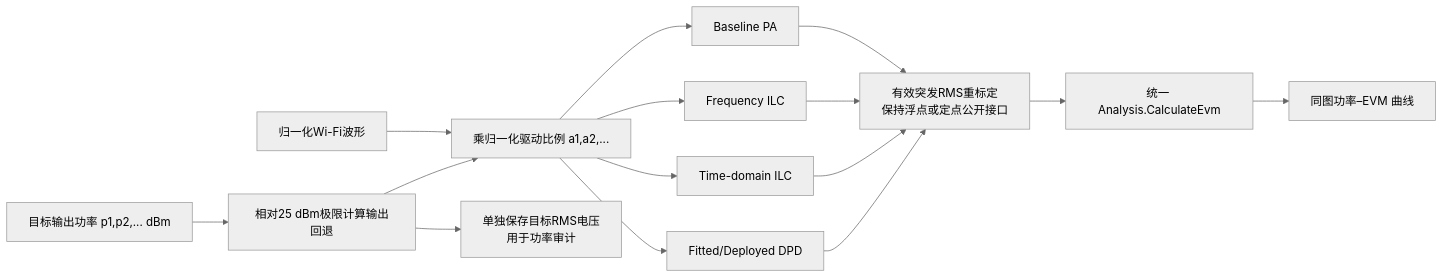
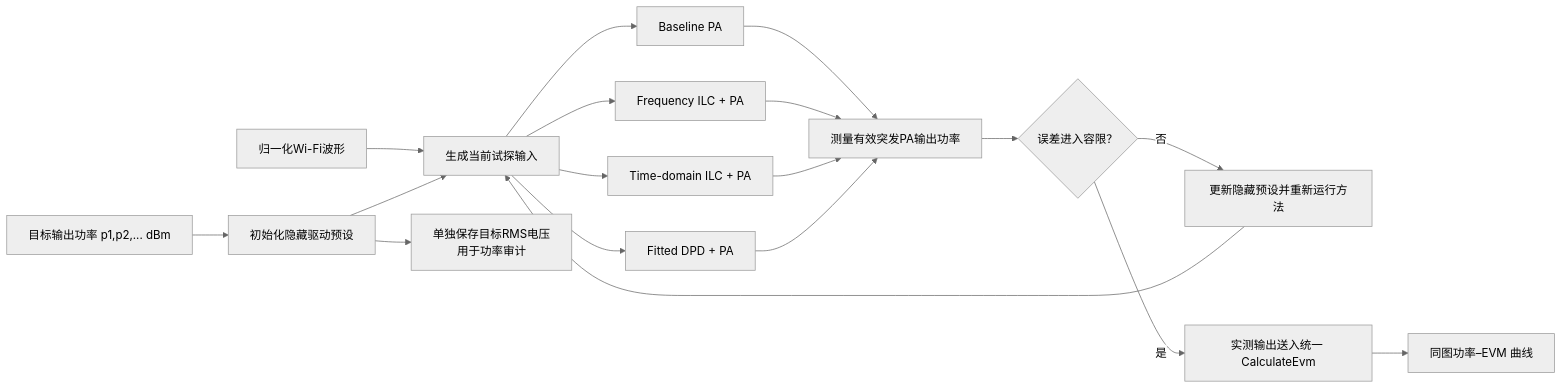
The eighth of 9 diagrams in doc/Analysis.md (niyilu45/DPD_ILC), drawn with Mermaid (neutral theme) before and after one commit. The commit also changed other lines of this file and 14 other files, not shown here.

````diff
--- a/doc/Analysis.md
+++ b/doc/Analysis.md
@@ -1506,17 +1500,20 @@
 ```mermaid
 flowchart LR
-    P["目标输出功率 p1,p2,... dBm"] --> K["相对25 dBm极限计算输出回退"]
-    A["归一化Wi-Fi波形"] --> B["乘归一化驱动比例 a1,a2,..."]
+    P["目标输出功率 p1,p2,... dBm"] --> K["初始化隐藏驱动预设"]
+    A["归一化Wi-Fi波形"] --> B["生成当前试探输入"]
     K --> B
     B --> C1["Baseline PA"]
-    B --> C2["Frequency ILC"]
-    B --> C3["Time-domain ILC"]
-    B --> C4["Fitted/Deployed DPD"]
-    C1 --> calibration["有效突发RMS重标定<br/>保持浮点或定点公开接口"]
+    B --> C2["Frequency ILC + PA"]
+    B --> C3["Time-domain ILC + PA"]
+    B --> C4["Fitted DPD + PA"]
+    C1 --> calibration["测量有效突发PA输出功率"]
     C2 --> calibration
     C3 --> calibration
     C4 --> calibration
-    calibration --> D["统一 Analysis.CalculateEvm"]
+    calibration --> decision{"误差进入容限？"}
+    decision -->|否| update["更新隐藏预设并重新运行方法"]
+    update --> B
+    decision -->|是| D["实测输出送入统一 CalculateEvm"]
     K --> G["单独保存目标RMS电压<br/>用于功率审计"]
     D --> E["同图功率–EVM 曲线"]
 ```
````
